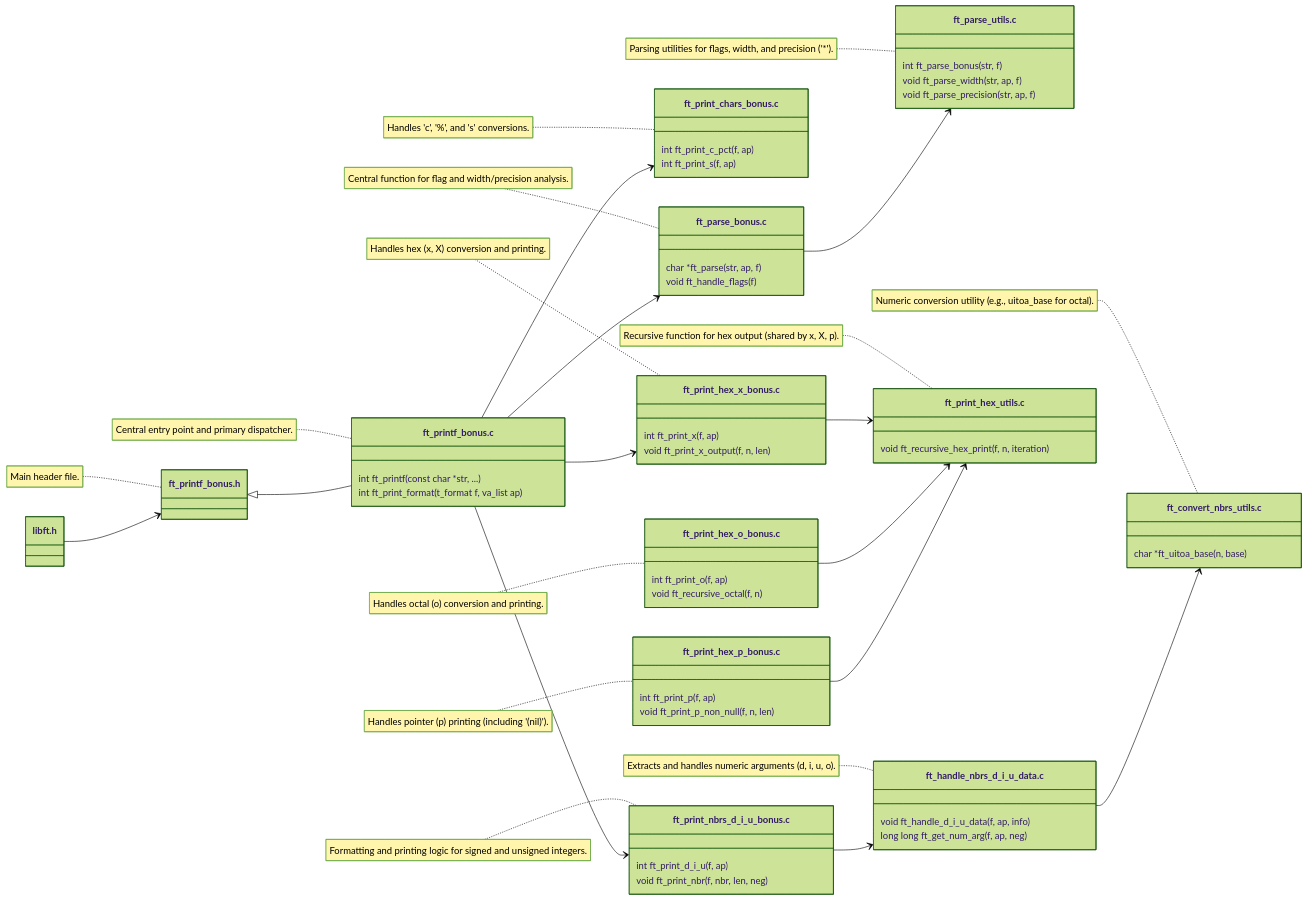
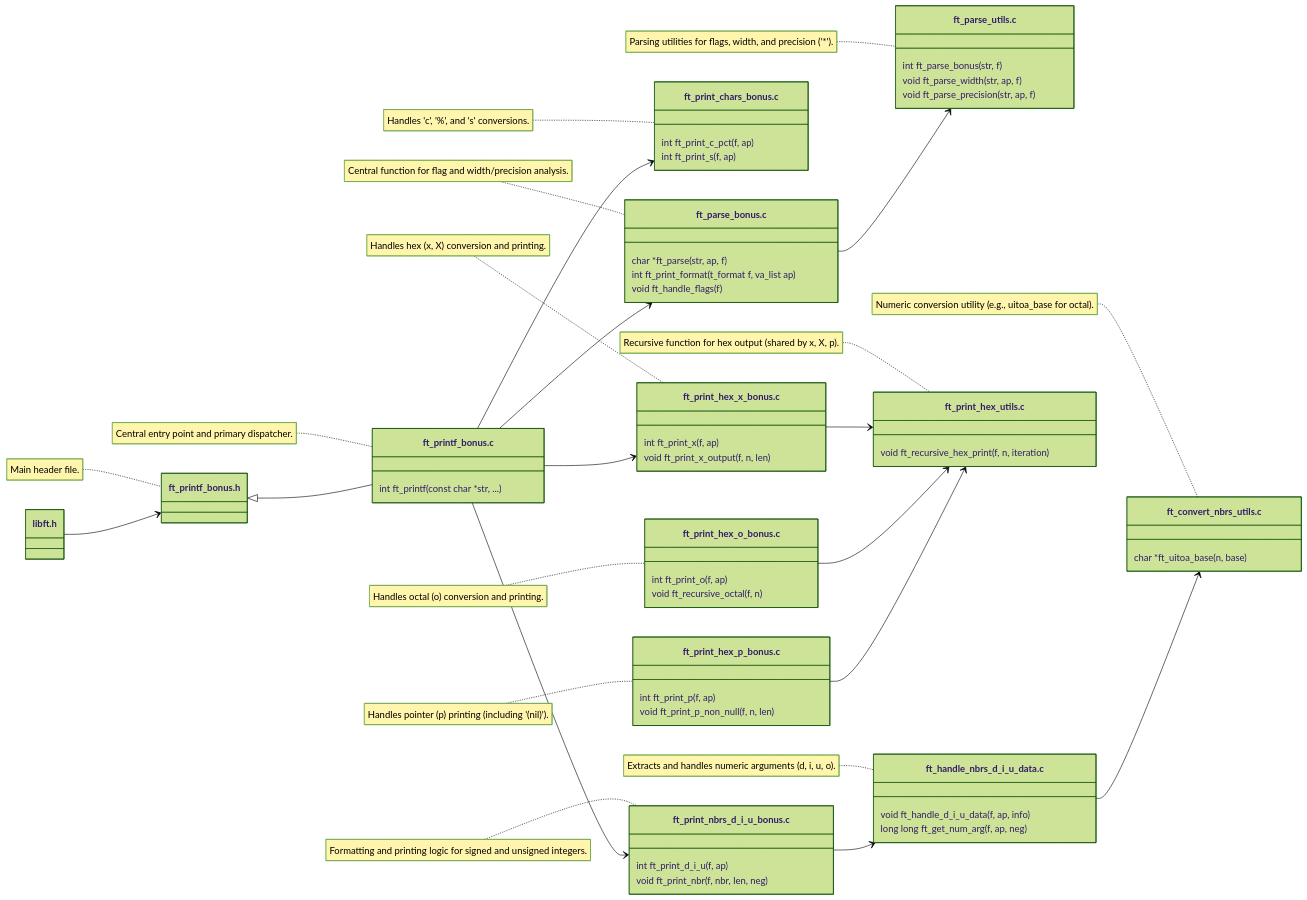
Before and after one commit to Gefolgwar/ft_printf: the diagram in README.md, drawn with Mermaid (forest theme). The commit also changed other lines of this file, not shown here.

```diff
--- a/README.md
+++ b/README.md
@@ -126,7 +145,6 @@
 
     class ft_printf_c["ft_printf_bonus.c"] {
 	    int ft_printf(const char *str, ...)
-	    int ft_print_format(t_format f, va_list ap)
     }
 
     class ft_parse_utils["ft_parse_utils.c"] {
@@ -137,6 +155,7 @@
 
     class ft_parse["ft_parse_bonus.c"] {
 	    char *ft_parse(str, ap, f)
+	    int ft_print_format(t_format f, va_list ap)
 	    void ft_handle_flags(f)
     }
 
```
